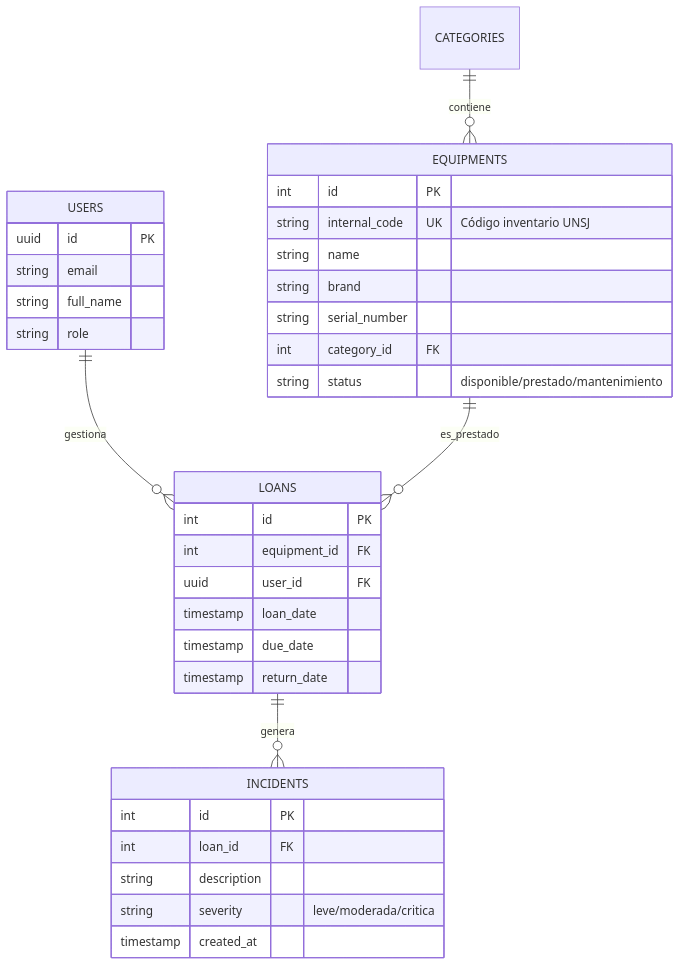
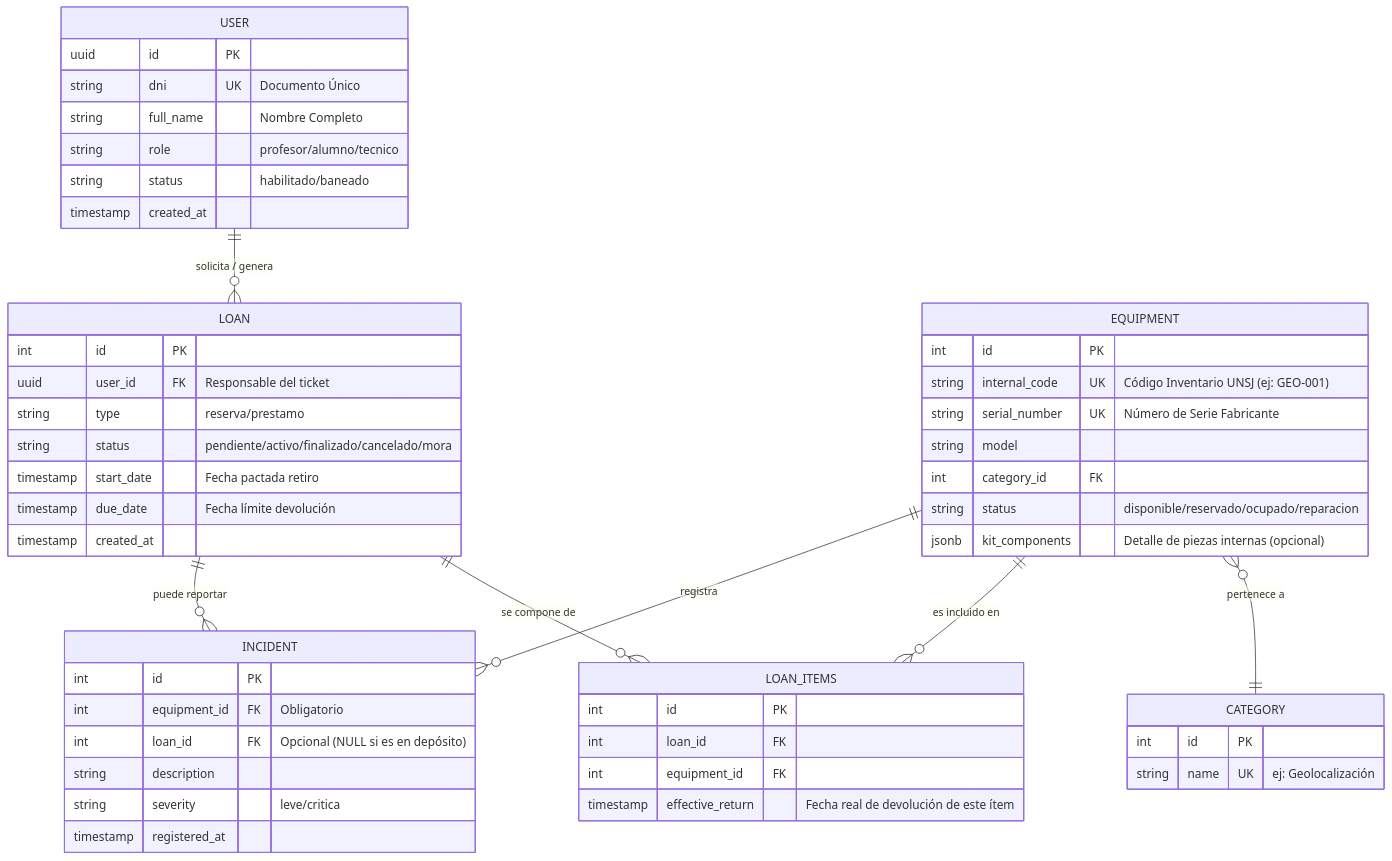
Before and after one commit to elpocitano/smartstock-fcefn: the diagram in docs/MODELO_DATOS.md, drawn with Mermaid. The commit also changed 1 other file, not shown here.

Commit message:
docs(data): definir entidades y relaciones para postgresql

````diff
--- a/docs/MODELO_DATOS.md
+++ b/docs/MODELO_DATOS.md
@@ -8,41 +8,64 @@
 ```mermaid
 erDiagram
-    CATEGORIES ||--o{ EQUIPMENTS : contiene
-    USERS ||--o{ LOANS : gestiona
-    EQUIPMENTS ||--o{ LOANS : es_prestado
-    LOANS ||--o{ INCIDENTS : genera
+    %% --- Entidades Principales (Fuertes) ---
+    USER ||--o{ LOAN : "solicita / genera"
+    EQUIPMENT }o--|| CATEGORY : "pertenece a"
 
-    USERS {
+    %% --- Entidades Asociativas y Transaccionales ---
+    EQUIPMENT ||--o{ LOAN_ITEMS : "es incluido en"
+    LOAN ||--o{ LOAN_ITEMS : "se compone de"
+    EQUIPMENT ||--o{ INCIDENT : "registra"
+    LOAN ||--o{ INCIDENT : "puede reportar"
+
+    %% --- Definición de Campos (Atributos) ---
+    USER {
         uuid id PK
-        string email
-        string full_name
-        string role
+        string dni UK "Documento Único"
+        string full_name "Nombre Completo"
+        string role "profesor/alumno/tecnico"
+        string status "habilitado/baneado"
+        timestamp created_at
     }
 
-    EQUIPMENTS {
+    EQUIPMENT {
         int id PK
-        string internal_code UK "Código inventario UNSJ"
-        string name
-        string brand
-        string serial_number
+        string internal_code UK "Código Inventario UNSJ (ej: GEO-001)"
+        string serial_number UK "Número de Serie Fabricante"
+        string model
         int category_id FK
-        string status "disponible/prestado/mantenimiento"
+        string status "disponible/reservado/ocupado/reparacion"
+        jsonb kit_components "Detalle de piezas internas (opcional)"
     }
 
-    LOANS {
+    LOAN {
         int id PK
-        int equipment_id FK
-        uuid user_id FK
-        timestamp loan_date
-        timestamp due_date
-        timestamp return_date
+        uuid user_id FK "Responsable del ticket"
+        string type "reserva/prestamo"
+        string status "pendiente/activo/finalizado/cancelado/mora"
+        timestamp start_date "Fecha pactada retiro"
+        timestamp due_date "Fecha límite devolución"
+        timestamp created_at
     }
 
-    INCIDENTS {
+    %% --- Tabla Asociativa (Muchos a Muchos) ---
+    LOAN_ITEMS {
         int id PK
         int loan_id FK
+        int equipment_id FK
+        timestamp effective_return "Fecha real de devolución de este ítem"
+    }
+
+    CATEGORY {
+        int id PK
+        string name UK "ej: Geolocalización"
+    }
+
+    INCIDENT {
+        int id PK
+        int equipment_id FK "Obligatorio"
+        int loan_id FK "Opcional (NULL si es en depósito)"
         string description
-        string severity "leve/moderada/critica"
-        timestamp created_at
+        string severity "leve/critica"
+        timestamp registered_at
     }
 ```
````
